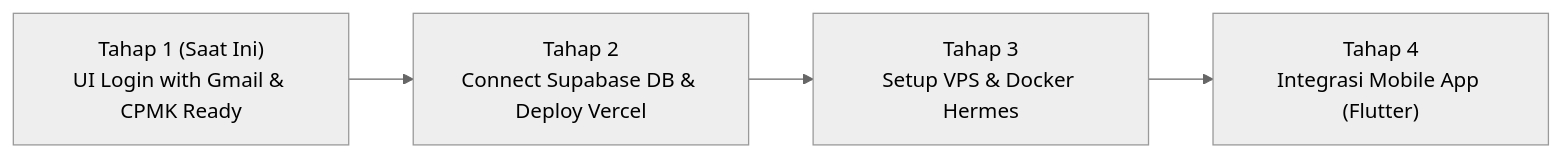
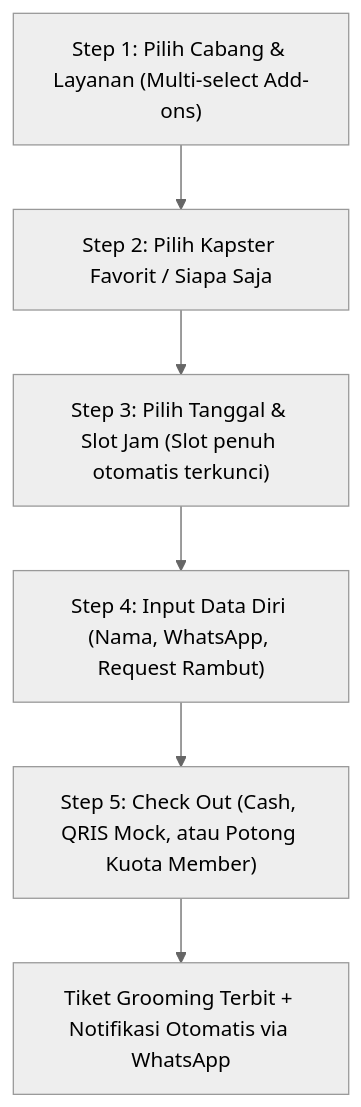
The diagram in PRD.md (rayeXx/gentlemans-cut-barbershop), drawn with Mermaid (neutral theme) before and after one commit. The commit also changed other lines of this file and 17 other files, not shown here.

````diff
--- a/PRD.md
+++ b/PRD.md
@@ -69,6 +53,8 @@
 ```mermaid
-flowchart LR
-    A["Tahap 1 (Saat Ini)<br/>UI Login with Gmail & CPMK Ready"] --> B["Tahap 2<br/>Connect Supabase DB & Deploy Vercel"]
-    B --> C["Tahap 3<br/>Setup VPS & Docker Hermes"]
-    C --> D["Tahap 4<br/>Integrasi Mobile App (Flutter)"]
+flowchart TD
+    A["Step 1: Pilih Cabang & Layanan (Multi-select Add-ons)"] --> B["Step 2: Pilih Kapster Favorit / Siapa Saja"]
+    B --> C["Step 3: Pilih Tanggal & Slot Jam (Slot penuh otomatis terkunci)"]
+    C --> D["Step 4: Input Data Diri (Nama, WhatsApp, Request Rambut)"]
+    D --> E["Step 5: Check Out (Cash, QRIS Mock, atau Potong Kuota Member)"]
+    E --> F["Tiket Grooming Terbit + Notifikasi Otomatis via WhatsApp"]
 ```
````
